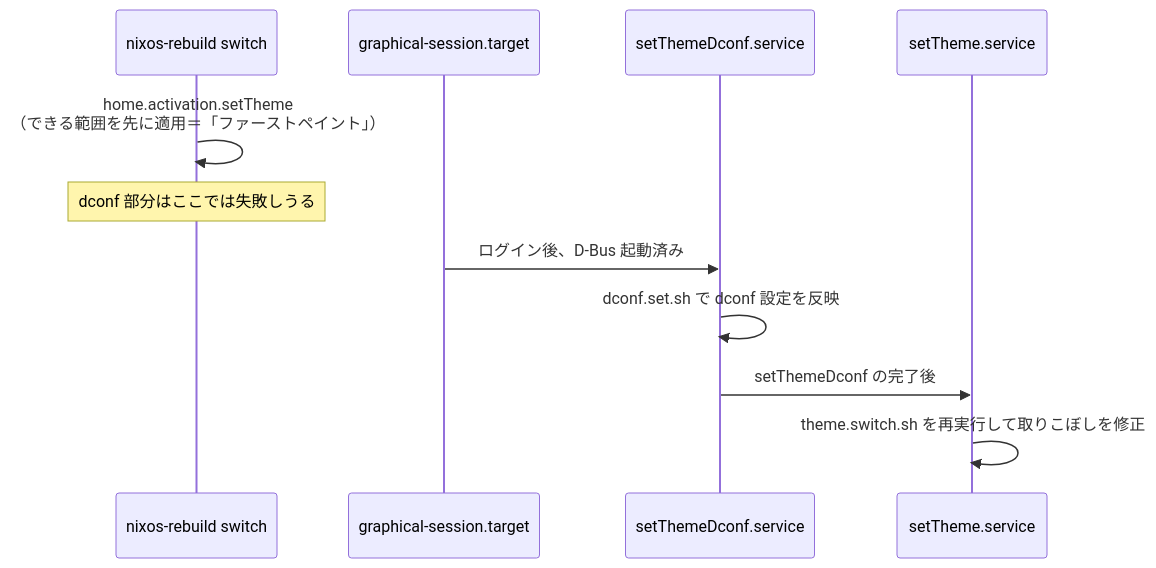
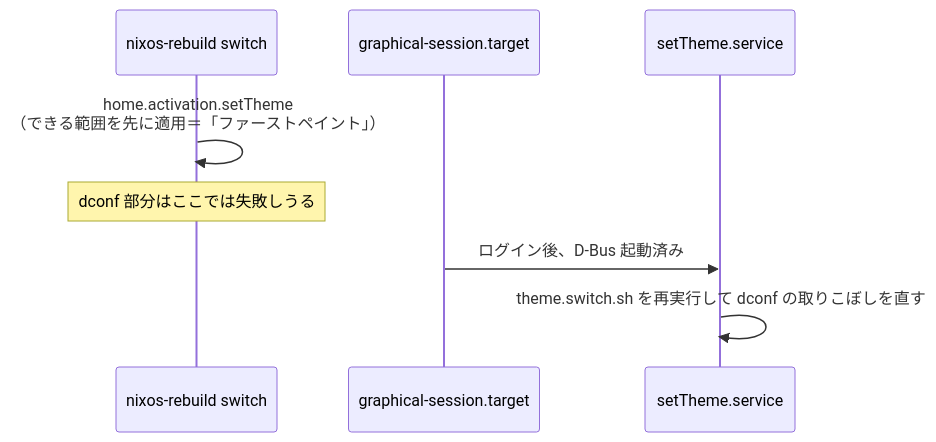
The second of 2 diagrams in docs-ja/05-theme-system.md (santamn/hydenix), drawn with Mermaid before and after one commit. The commit also changed other lines of this file and 11 other files, not shown here.

````diff
--- a/docs-ja/05-theme-system.md
+++ b/docs-ja/05-theme-system.md
@@ -140,14 +153,11 @@
 ```mermaid
 sequenceDiagram
     participant R as nixos-rebuild switch
     participant G as graphical-session.target
-    participant D as setThemeDconf.service
     participant T as setTheme.service
 
     R->>R: home.activation.setTheme<br/>（できる範囲を先に適用＝「ファーストペイント」）
     Note over R: dconf 部分はここでは失敗しうる
-    G->>D: ログイン後、D-Bus 起動済み
-    D->>D: dconf.set.sh で dconf 設定を反映
-    D->>T: setThemeDconf の完了後
-    T->>T: theme.switch.sh を再実行して取りこぼしを修正
+    G->>T: ログイン後、D-Bus 起動済み
+    T->>T: theme.switch.sh を再実行して dconf の取りこぼしを直す
 ```
````
